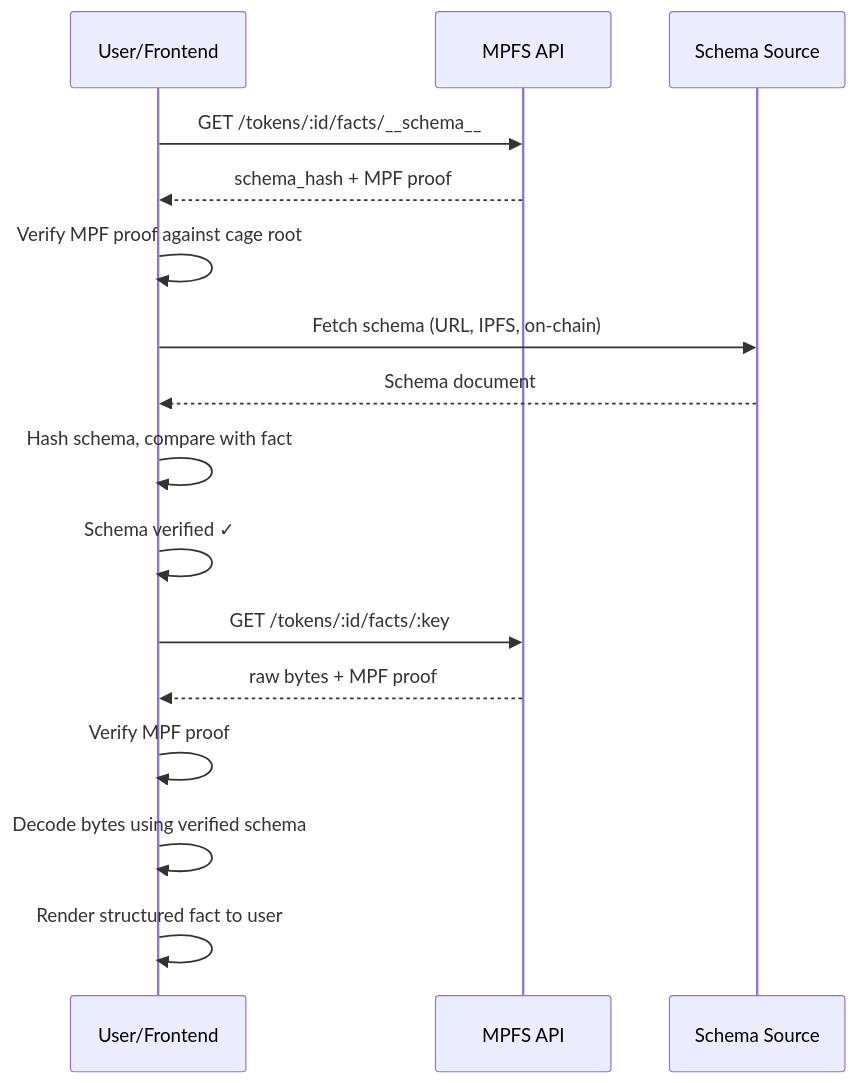
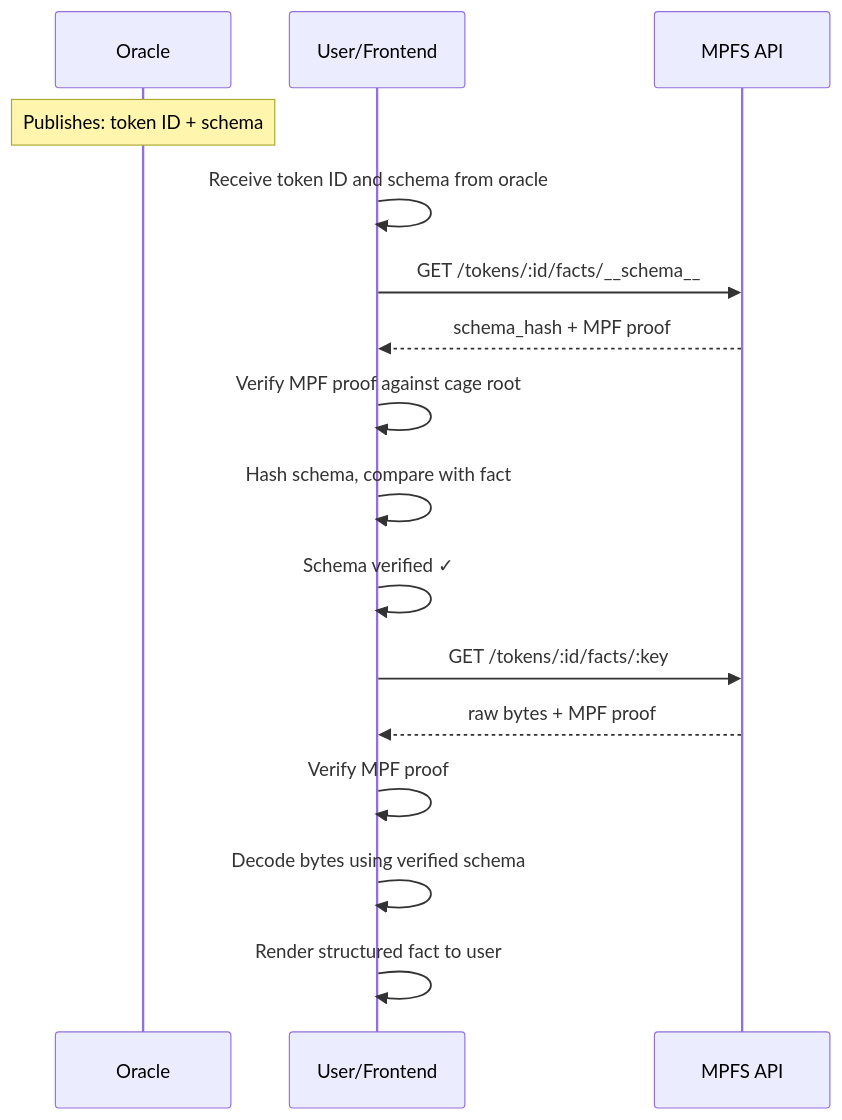
Before and after one commit to lambdasistemi/cardano-mpfs-browser: the second of 5 diagrams in docs/design.md, drawn with Mermaid. The commit also changed other lines of this file, not shown here.

Commit message:
docs: refine trust model with oracle responsibility and user inputs

````diff
--- a/docs/design.md
+++ b/docs/design.md
@@ -69,24 +115,24 @@
 ```mermaid
 sequenceDiagram
+    participant O as Oracle
     participant U as User/Frontend
     participant API as MPFS API
-    participant S as Schema Source
+
+    Note over O: Publishes: token ID + schema
+
+    U->>U: Receive token ID and schema from oracle
 
     U->>API: GET /tokens/:id/facts/__schema__
     API-->>U: schema_hash + MPF proof
 
     U->>U: Verify MPF proof against cage root
-
-    U->>S: Fetch schema (URL, IPFS, on-chain)
-    S-->>U: Schema document
-
     U->>U: Hash schema, compare with fact
     U->>U: Schema verified ✓
 
     U->>API: GET /tokens/:id/facts/:key
     API-->>U: raw bytes + MPF proof
 
     U->>U: Verify MPF proof
     U->>U: Decode bytes using verified schema
     U->>U: Render structured fact to user
 ```
````
